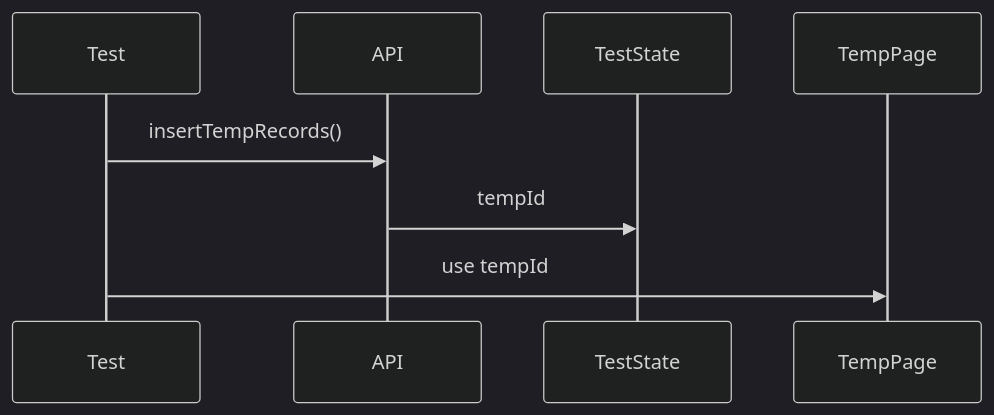
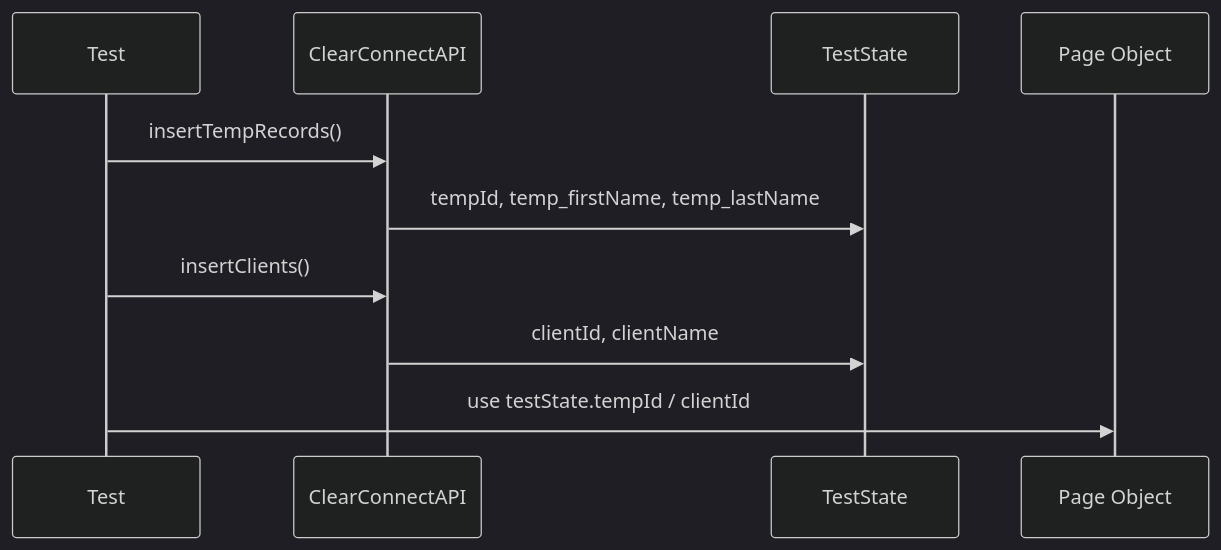
One commit to therealqualityengineer/playwrightframework changed the second of 8 diagrams in .github/instructions/framework-design.instructions.md. Above: the diagram before and after it, drawn with Mermaid (dark theme). The commit also changed other lines of this file and 11 other files, not shown here.

````diff
--- a/.github/instructions/framework-design.instructions.md
+++ b/.github/instructions/framework-design.instructions.md
@@ -168,11 +70,13 @@
 ```mermaid
 sequenceDiagram
     participant Test
-    participant API
-    participant TestState
-    participant TempPage
+    participant API as ClearConnectAPI
+    participant TS as TestState
+    participant PO as Page Object
 
     Test->>API: insertTempRecords()
-    API->>TestState: tempId
-    Test->>TempPage: use tempId
+    API->>TS: tempId, temp_firstName, temp_lastName
+    Test->>API: insertClients()
+    API->>TS: clientId, clientName
+    Test->>PO: use testState.tempId / clientId
 ```
````
